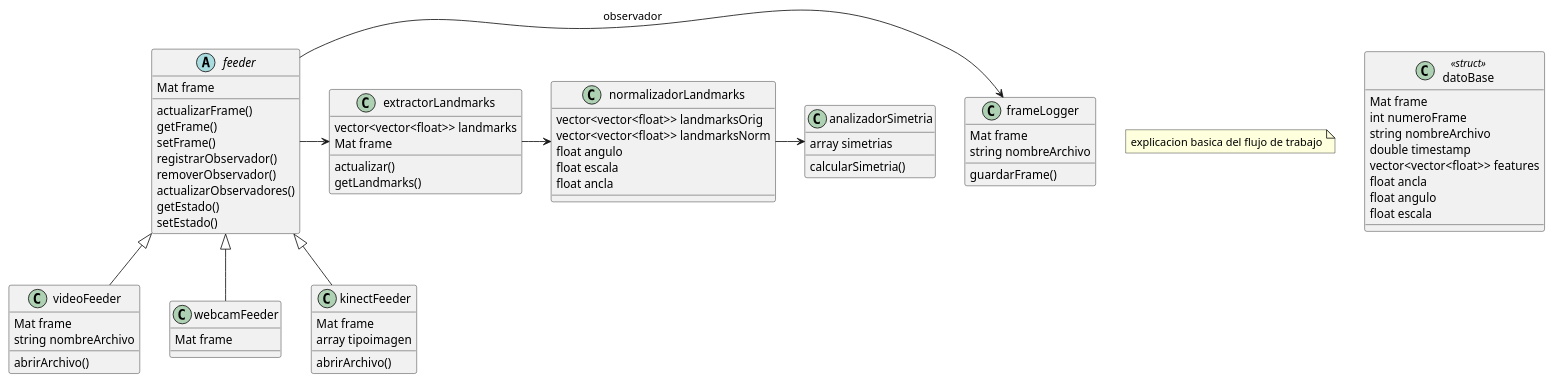
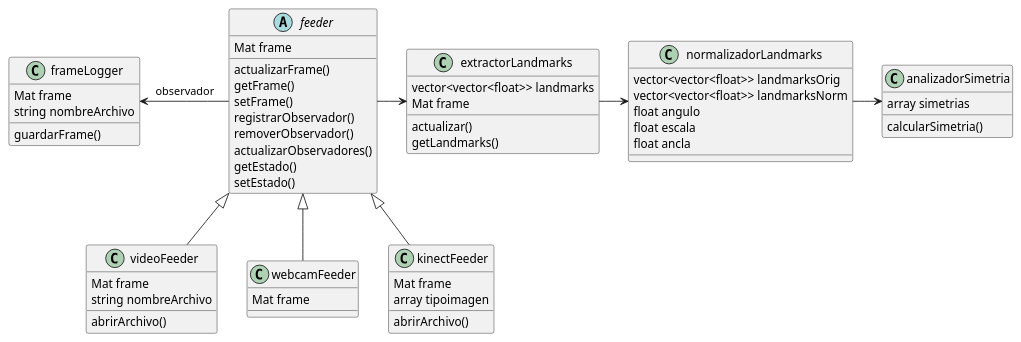
One commit to agustinavila/ProyectoVision changed the first of 3 diagrams in Diagrama.puml. Above: the diagram before and after it, drawn with PlantUML. The commit also changed 3 other files, not shown here.

```diff
--- a/Diagrama.puml
+++ b/Diagrama.puml
@@ -1,85 +1,68 @@
 @startuml proyectoVision
-note "explicacion basica del flujo de trabajo" as N1
 
 abstract class feeder{
 	Mat frame
 	actualizarFrame()
 	getFrame()
 	setFrame()
 	registrarObservador()
 	removerObservador()
 	actualizarObservadores()
 	getEstado()
 	setEstado()
 }
 
 class frameLogger{
 	Mat frame
 	string nombreArchivo
 	guardarFrame()
 }
-feeder -> frameLogger: observador
+frameLogger<- feeder: observador
 
 class videoFeeder{
 	Mat frame
 	string nombreArchivo
 	abrirArchivo()
 }
 feeder<|--videoFeeder
 
 class webcamFeeder{
 	Mat frame
 }
 feeder<|--webcamFeeder
 
 class kinectFeeder{
 	'"tipoimagen" deberia servir para registrar RGB, IR o profundidad
 	Mat frame
 	array tipoimagen
 	abrirArchivo()
 }
 feeder<|--kinectFeeder
 
 feeder->extractorLandmarks
 
 class extractorLandmarks{
 	'debe definir todos los datos necesarios
 	'y los metodos para extraer y registrar los datos
 
 	vector<vector<float>> landmarks
 	Mat frame
 	actualizar()
 	getLandmarks()
 }
 
 extractorLandmarks->normalizadorLandmarks
 class normalizadorLandmarks{
 	vector<vector<float>> landmarksOrig
 	vector<vector<float>> landmarksNorm
 	float angulo
 	float escala
 	float ancla
 }
 
 class analizadorSimetria{
 array simetrias
 calcularSimetria()
 }
 normalizadorLandmarks -> analizadorSimetria
-class datoBase <<struct>>{
-	'primer boceto de la estructura basica de cada frame
-	'para hacer registro de los datos?
-
-	Mat frame
-	int numeroFrame
-	string nombreArchivo
-	double timestamp
-	vector<vector<float>> features
-	float ancla
-	float angulo
-	float escala
-}
-
-
-
 @enduml
```
